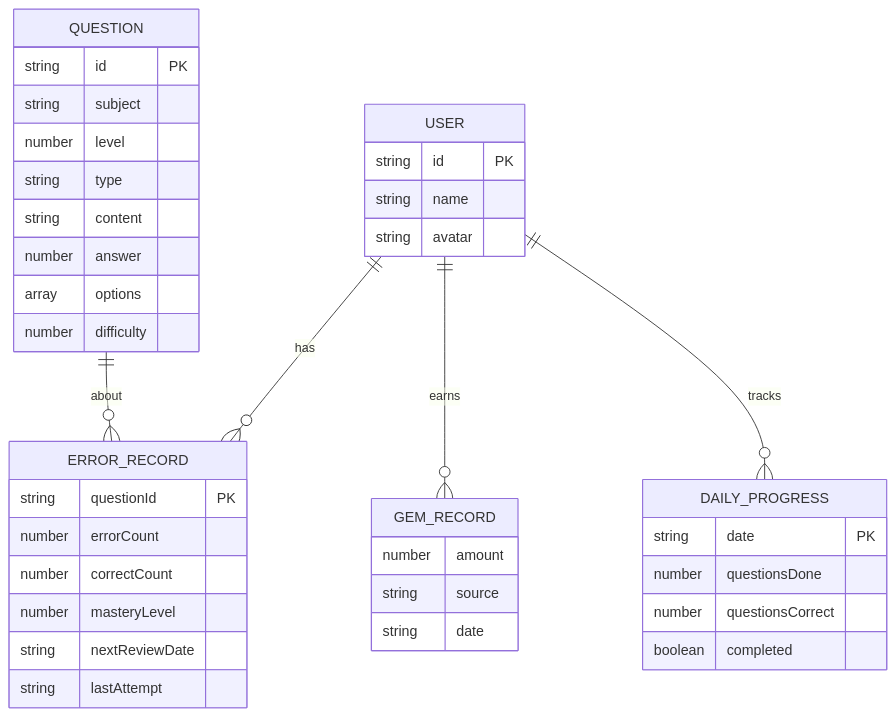
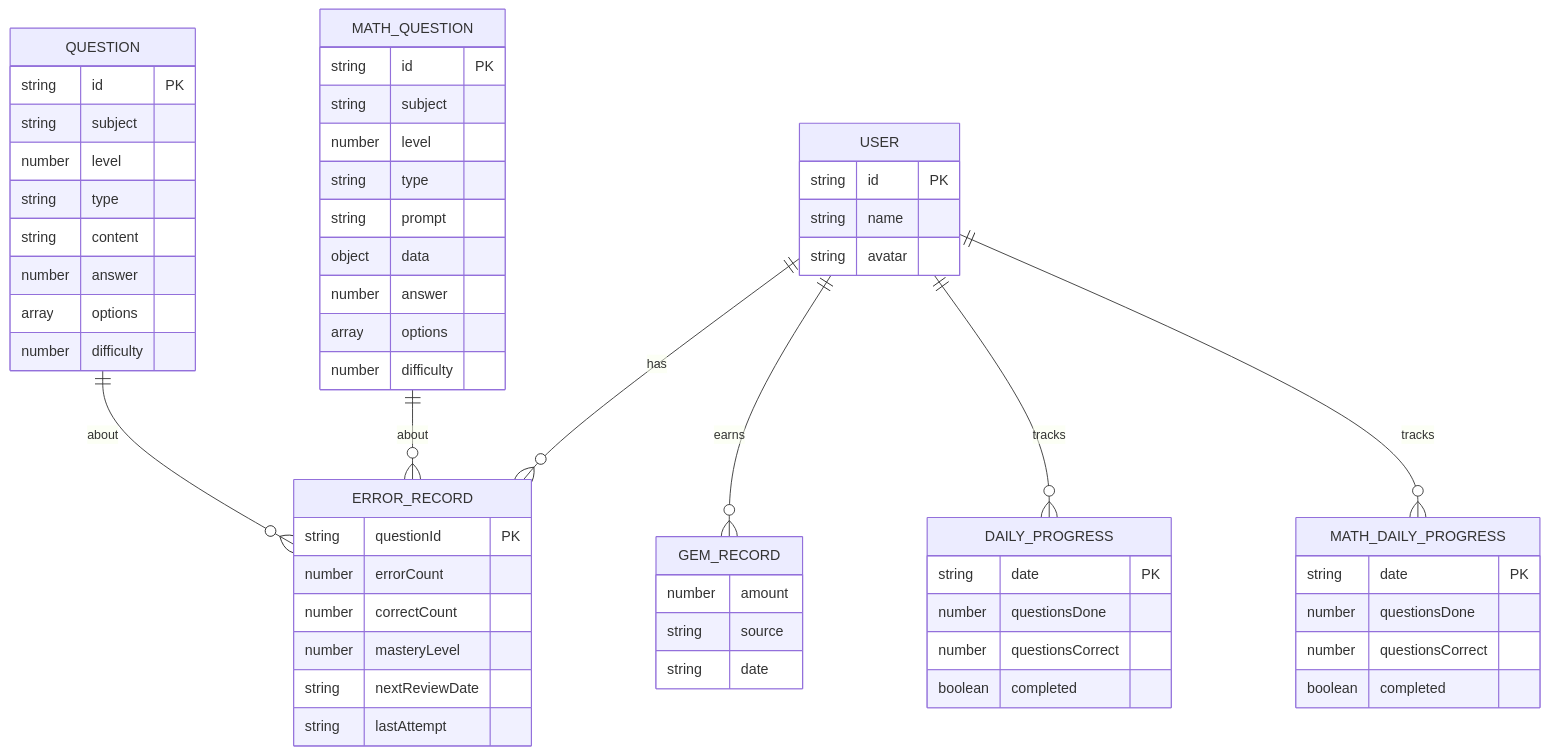
One commit to wudeng2005/rainbow-learning changed diagram 14 of 14 in .qoder/repowiki/zh/content/功能组件详解/学习系统.md. Above: the diagram before and after it, drawn with Mermaid. The commit also changed other lines of this file and 54 other files, not shown here.

````diff
--- a/.qoder/repowiki/zh/content/功能组件详解/学习系统.md
+++ b/.qoder/repowiki/zh/content/功能组件详解/学习系统.md
@@ -501,41 +718,60 @@
 ```mermaid
 erDiagram
 USER {
 string id PK
 string name
 string avatar
 }
 QUESTION {
 string id PK
 string subject
 number level
 string type
 string content
+number answer
+array options
+number difficulty
+}
+MATH_QUESTION {
+string id PK
+string subject
+number level
+string type
+string prompt
+object data
 number answer
 array options
 number difficulty
 }
 ERROR_RECORD {
 string questionId PK
 number errorCount
 number correctCount
 number masteryLevel
 string nextReviewDate
 string lastAttempt
 }
 GEM_RECORD {
 number amount
 string source
 string date
 }
 DAILY_PROGRESS {
 string date PK
 number questionsDone
 number questionsCorrect
 boolean completed
 }
+MATH_DAILY_PROGRESS {
+string date PK
+number questionsDone
+number questionsCorrect
+boolean completed
+}
 USER ||--o{ ERROR_RECORD : has
 USER ||--o{ GEM_RECORD : earns
 USER ||--o{ DAILY_PROGRESS : tracks
+USER ||--o{ MATH_DAILY_PROGRESS : tracks
 QUESTION ||--o{ ERROR_RECORD : about
+MATH_QUESTION ||--o{ ERROR_RECORD : about
 ```
````
